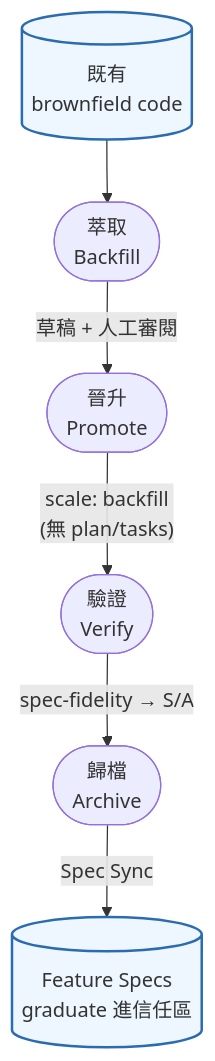
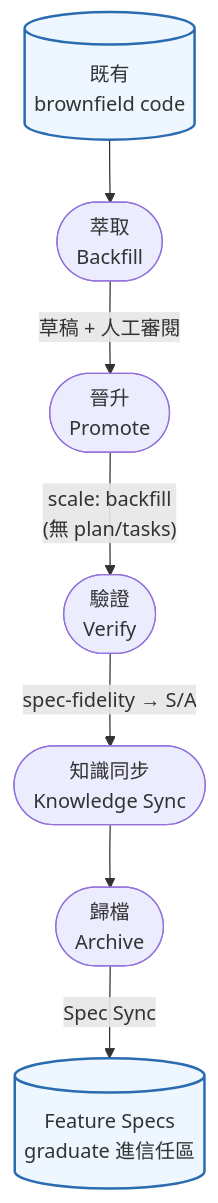
Before and after one commit to benwu95/prospec: the second of 2 diagrams in README.zh-TW.md, drawn with Mermaid. The commit also changed other lines of this file and 15 other files, not shown here.

````diff
--- a/README.zh-TW.md
+++ b/README.zh-TW.md
@@ -979,9 +1012,9 @@
 ```mermaid
 flowchart TD
-    CODE[("既有<br/>brownfield code")] --> BF([萃取<br/>Backfill]) -- "草稿 + 人工審閱" --> PR([晉升<br/>Promote]) -- "scale: backfill<br/>(無 plan/tasks)" --> V([驗證<br/>Verify]) -- "spec-fidelity → S/A" --> A([歸檔<br/>Archive])
+    CODE[("既有<br/>brownfield code")] --> BF([萃取<br/>Backfill]) -- "草稿 + 人工審閱" --> PR([晉升<br/>Promote]) -- "scale: backfill<br/>(無 plan/tasks)" --> V([驗證<br/>Verify]) -- "spec-fidelity → S/A" --> K([知識同步<br/>Knowledge Sync]) --> A([歸檔<br/>Archive])
 
     A -- Spec Sync --> FS[("Feature Specs<br/>graduate 進信任區")]
 
     classDef asset fill:#eef7ff,stroke:#2b6cb0,stroke-width:2px;
     class CODE,FS asset;
 ```
````
